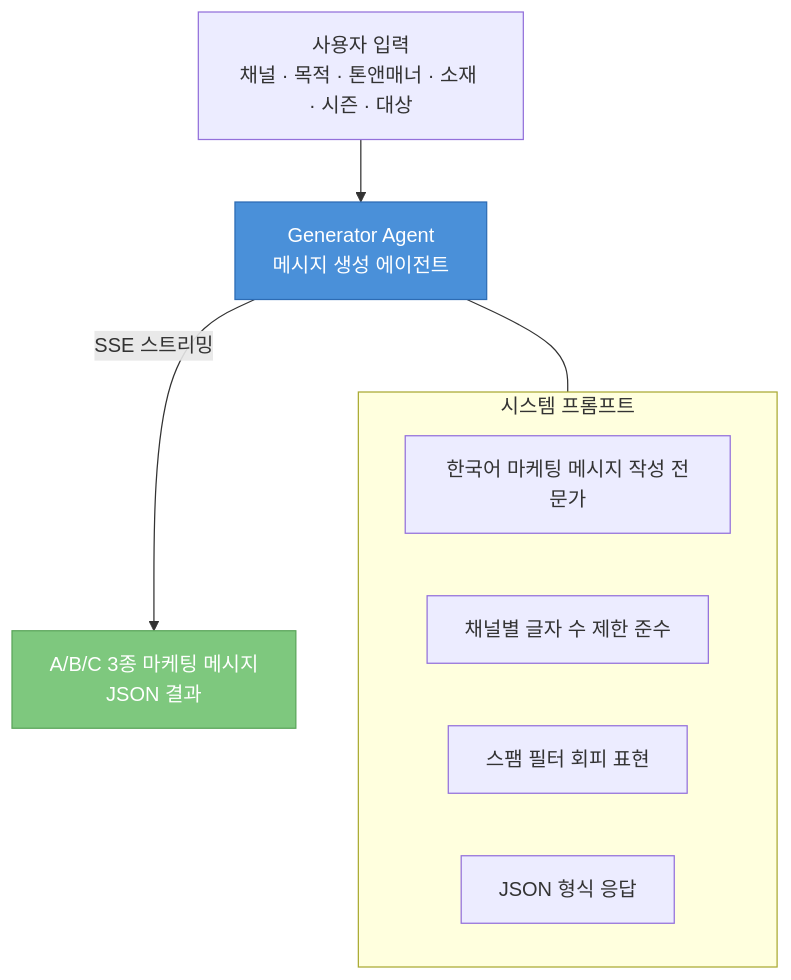
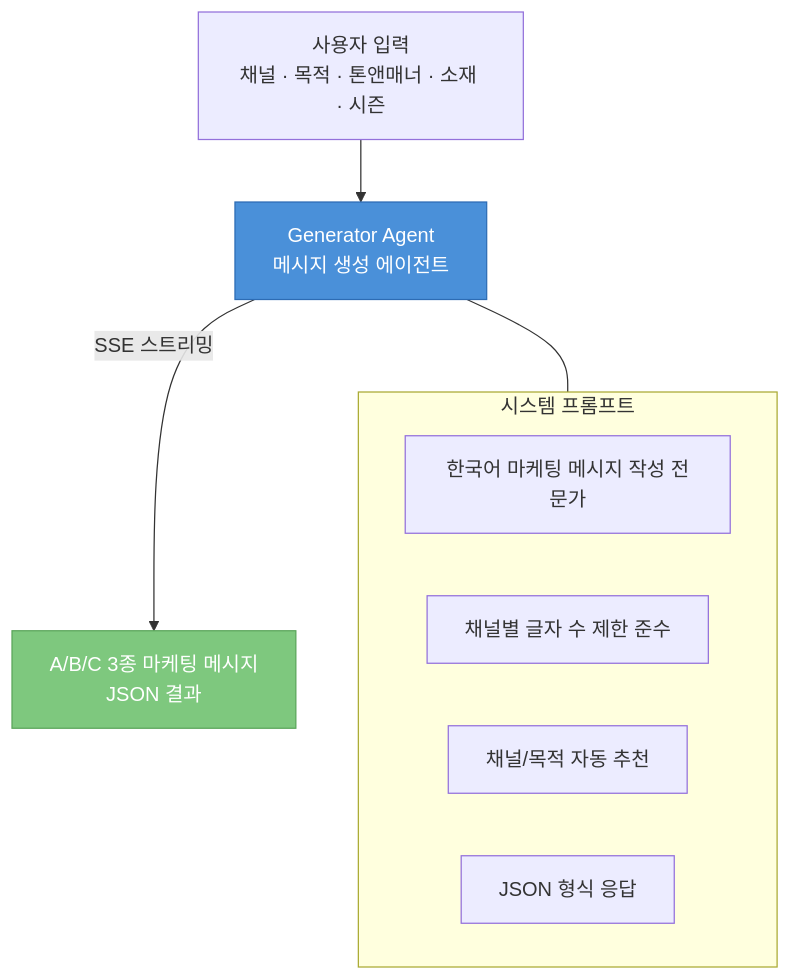
One commit to alipeople/aws-ai-poc-1 changed the second of 5 diagrams in README.md. Above: the diagram before and after it, drawn with Mermaid. The commit also changed other lines of this file, not shown here.

````diff
--- a/README.md
+++ b/README.md
@@ -71,22 +91,22 @@
 ```mermaid
 graph TD
-    INPUT["사용자 입력<br>채널 · 목적 · 톤앤매너 · 소재 · 시즌 · 대상"]
+    INPUT["사용자 입력<br>채널 · 목적 · 톤앤매너 · 소재 · 시즌"]
 
     INPUT --> GEN
 
     GEN["Generator Agent<br>메시지 생성 에이전트"]
 
     subgraph PROMPT["시스템 프롬프트"]
         direction LR
         P1["한국어 마케팅 메시지 작성 전문가"]
         P2["채널별 글자 수 제한 준수"]
-        P3["스팸 필터 회피 표현"]
+        P3["채널/목적 자동 추천"]
         P4["JSON 형식 응답"]
     end
 
     GEN --- PROMPT
     GEN -->|SSE 스트리밍| OUTPUT["A/B/C 3종 마케팅 메시지<br>JSON 결과"]
 
     style GEN fill:#4A90D9,stroke:#2D6CB4,color:#fff
     style OUTPUT fill:#7EC87E,stroke:#5AA55A,color:#fff
 ```
````
